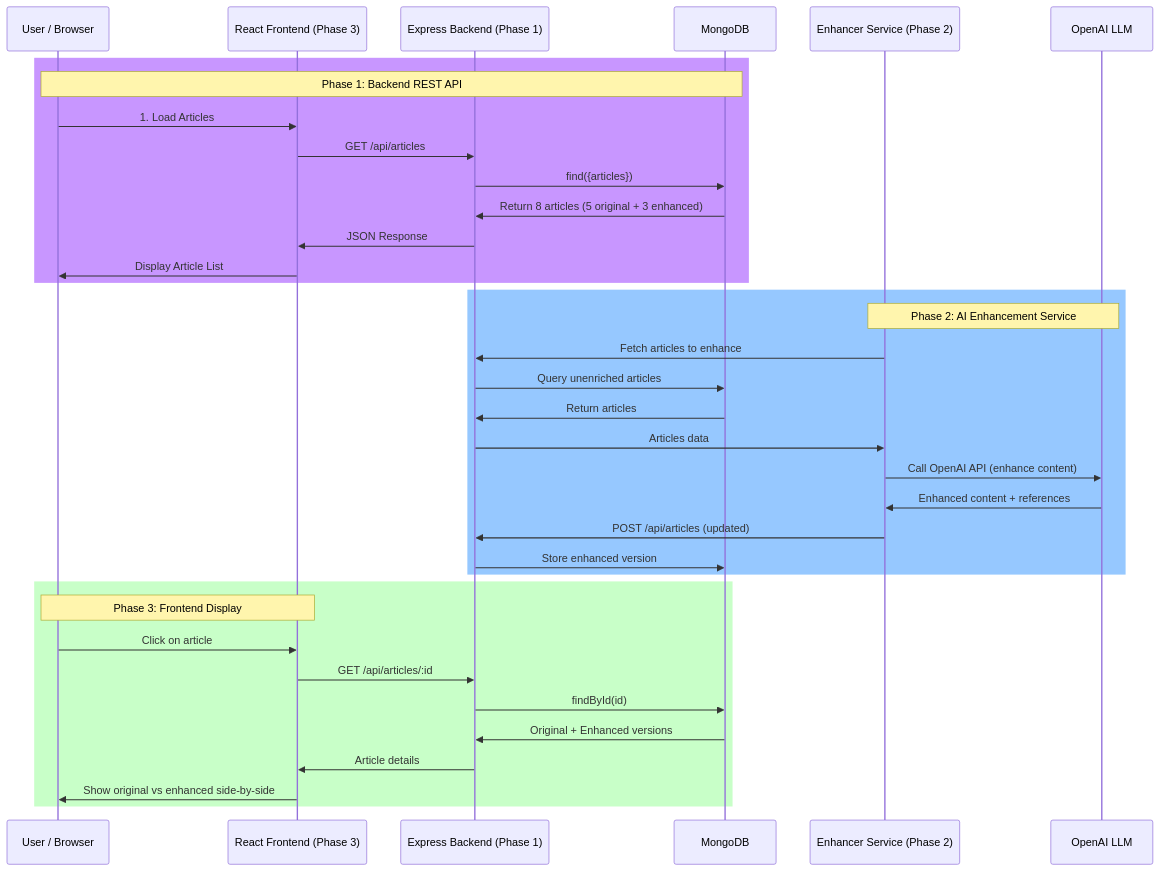
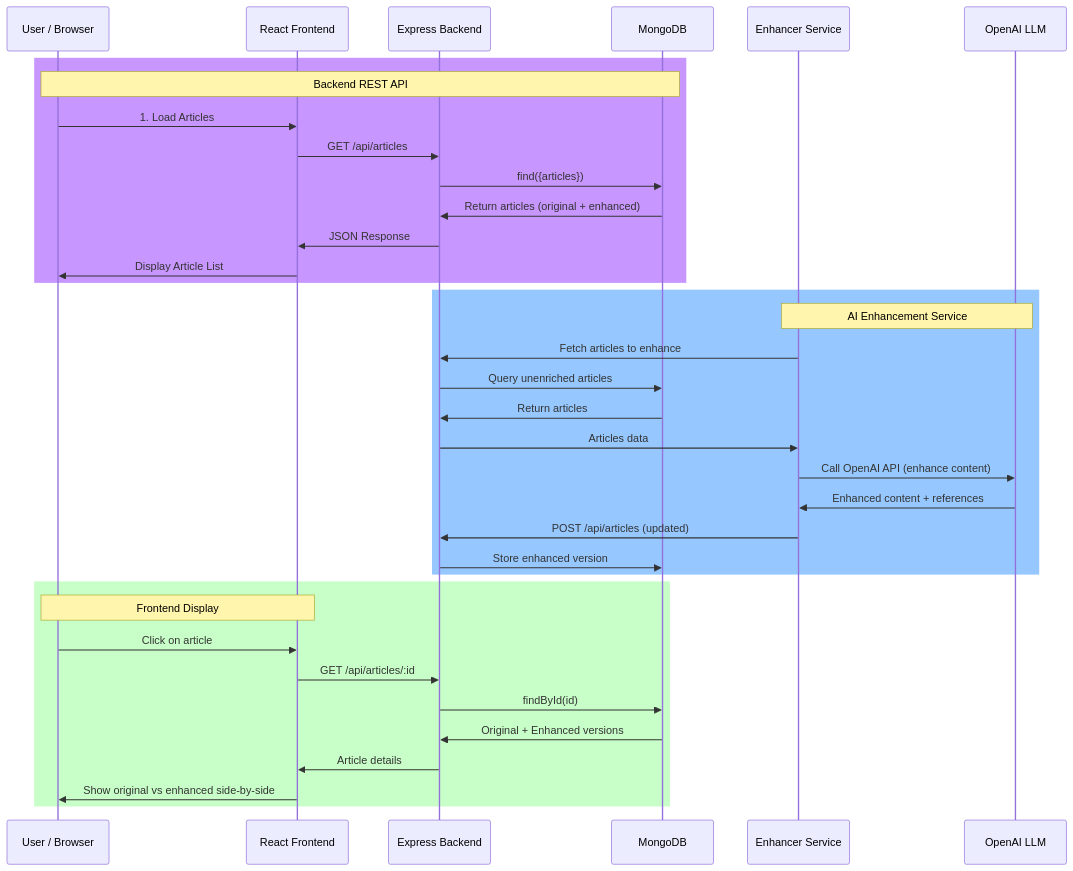
One commit to Samiksha-Lone/beyondchats-assignment changed the first of 2 diagrams in README.md. Above: the diagram before and after it, drawn with Mermaid. The commit also changed other lines of this file and 6 other files, not shown here.

````diff
--- a/README.md
+++ b/README.md
@@ -700,41 +702,41 @@
 ```mermaid
 sequenceDiagram
     participant U as User / Browser
-    participant F as React Frontend (Phase 3)
-    participant B as Express Backend (Phase 1)
+    participant F as React Frontend
+    participant B as Express Backend
     participant M as MongoDB
-    participant E as Enhancer Service (Phase 2)
+    participant E as Enhancer Service
     participant AI as OpenAI LLM
     
     rect rgb(200, 150, 255)
-    Note over U,M: Phase 1: Backend REST API
+    Note over U,M: Backend REST API
     U->>F: 1. Load Articles
     F->>B: GET /api/articles
     B->>M: find({articles})
-    M->>B: Return 8 articles (5 original + 3 enhanced)
+    M->>B: Return articles (original + enhanced)
     B->>F: JSON Response
     F->>U: Display Article List
     end
     
     rect rgb(150, 200, 255)
-    Note over E,AI: Phase 2: AI Enhancement Service
+    Note over E,AI: AI Enhancement Service
     E->>B: Fetch articles to enhance
     B->>M: Query unenriched articles
     M->>B: Return articles
     B->>E: Articles data
     E->>AI: Call OpenAI API (enhance content)
     AI->>E: Enhanced content + references
     E->>B: POST /api/articles (updated)
     B->>M: Store enhanced version
     end
     
     rect rgb(200, 255, 200)
-    Note over F,U: Phase 3: Frontend Display
+    Note over F,U: Frontend Display
     U->>F: Click on article
     F->>B: GET /api/articles/:id
     B->>M: findById(id)
     M->>B: Original + Enhanced versions
     B->>F: Article details
     F->>U: Show original vs enhanced side-by-side
     end
 ```
````
